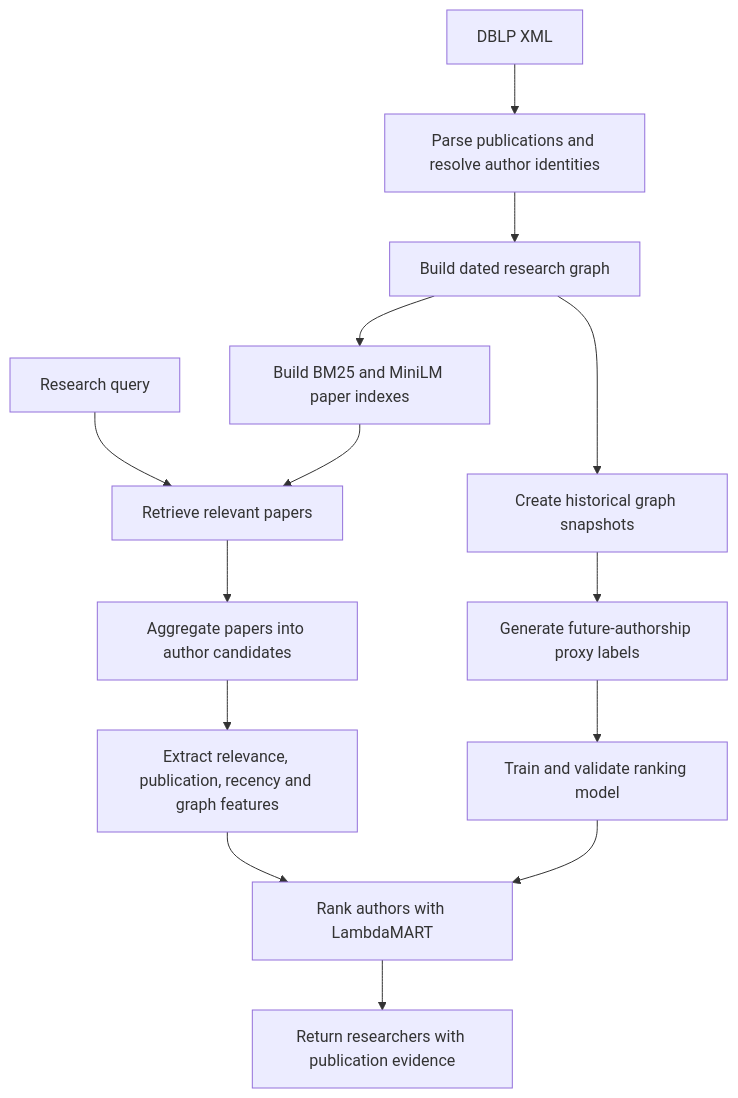
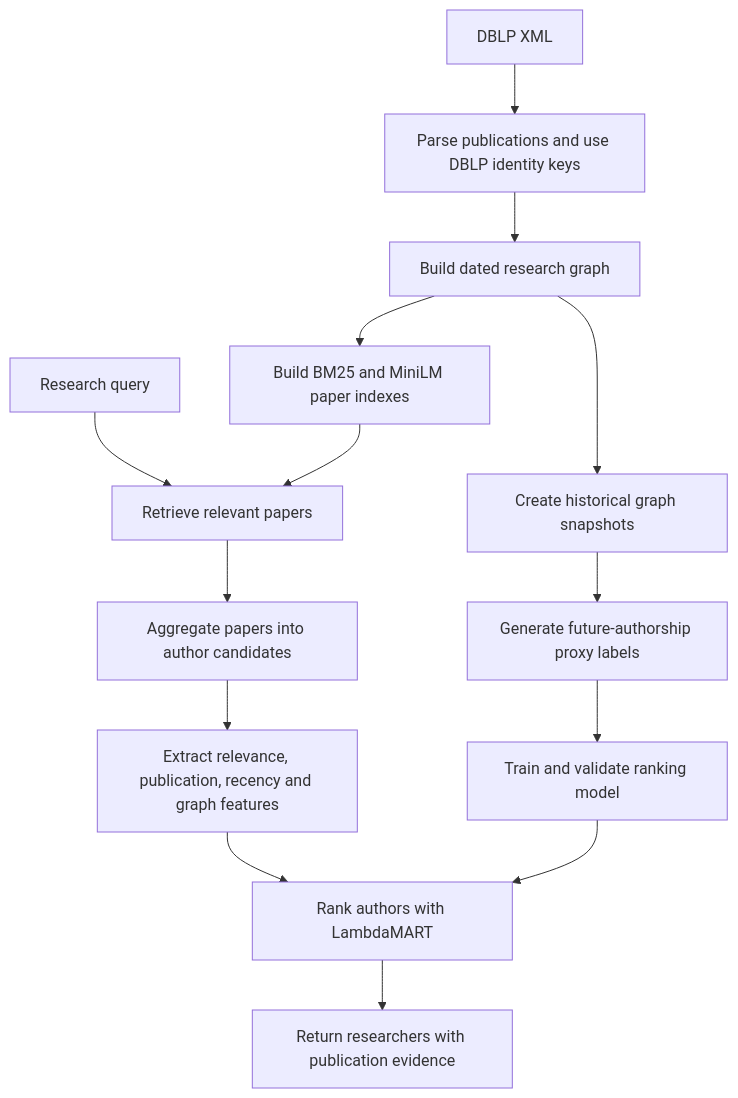
Before and after one commit to Rushhaabhhh/scholargraph: the second of 2 diagrams in README.md, drawn with Mermaid. The commit also changed other lines of this file and 16 other files, not shown here.

````diff
--- a/README.md
+++ b/README.md
@@ -31,16 +40,16 @@
 ```mermaid
 flowchart TD
-    A[DBLP XML] --> B[Parse publications and resolve author identities]
+    A[DBLP XML] --> B[Parse publications and use DBLP identity keys]
     B --> C[Build dated research graph]
     C --> D[Build BM25 and MiniLM paper indexes]
     Q[Research query] --> E[Retrieve relevant papers]
     D --> E
     E --> F[Aggregate papers into author candidates]
     F --> G[Extract relevance, publication, recency and graph features]
     G --> H[Rank authors with LambdaMART]
     H --> I[Return researchers with publication evidence]
     C --> J[Create historical graph snapshots]
     J --> K[Generate future-authorship proxy labels]
     K --> L[Train and validate ranking model]
     L --> H
 ```
````
